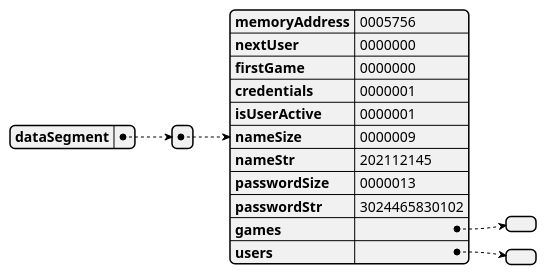
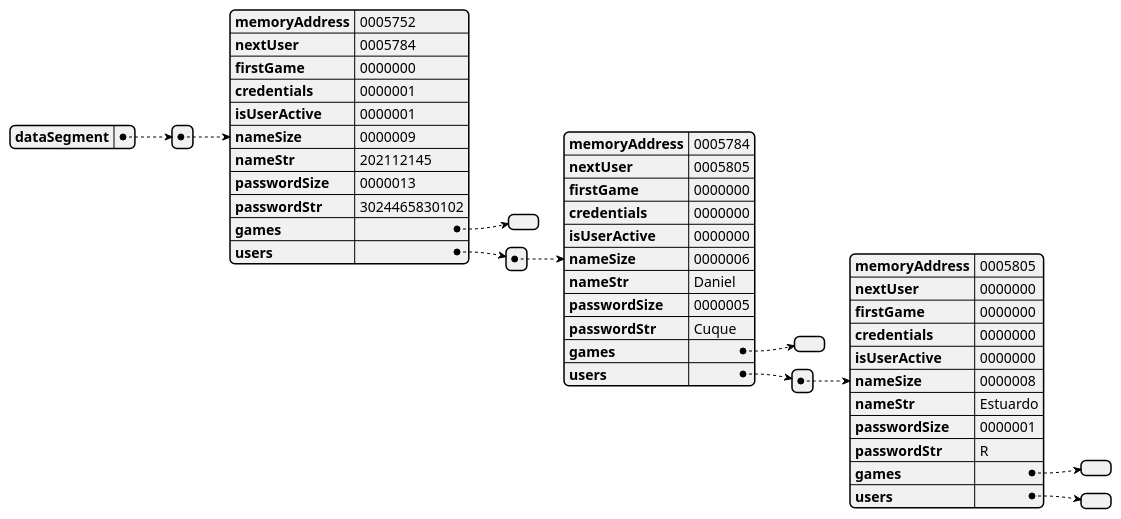
The diagram in docs/uml/README.md (danielcuque/ACE1-PROYECTO2), drawn with PlantUML before and after one commit. The commit also changed 3 other files, not shown here.

`````diff
--- a/docs/uml/README.md
+++ b/docs/uml/README.md
@@ -1,16 +1,36 @@
 ````plantuml
 @startjson memoryGraph
 {"dataSegment":
-[{"memoryAddress":"0005756",
-"nextUser":"0000000",
+[{"memoryAddress":"0005752",
+"nextUser":"0005784",
 "firstGame":"0000000",
 "credentials":"0000001",
 "isUserActive":"0000001",
 "nameSize":"0000009",
 "nameStr":"202112145",
 "passwordSize":"0000013",
 "passwordStr":"3024465830102",
 "games":[],
-"users":[]}]}
+"users":[{"memoryAddress":"0005784",
+"nextUser":"0005805",
+"firstGame":"0000000",
+"credentials":"0000000",
+"isUserActive":"0000000",
+"nameSize":"0000006",
+"nameStr":"Daniel",
+"passwordSize":"0000005",
+"passwordStr":"Cuque",
+"games":[],
+"users":[{"memoryAddress":"0005805",
+"nextUser":"0000000",
+"firstGame":"0000000",
+"credentials":"0000000",
+"isUserActive":"0000000",
+"nameSize":"0000008",
+"nameStr":"Estuardo",
+"passwordSize":"0000001",
+"passwordStr":"R",
+"games":[],
+"users":[]}]}]}]}
 @endjson
 ````
`````
